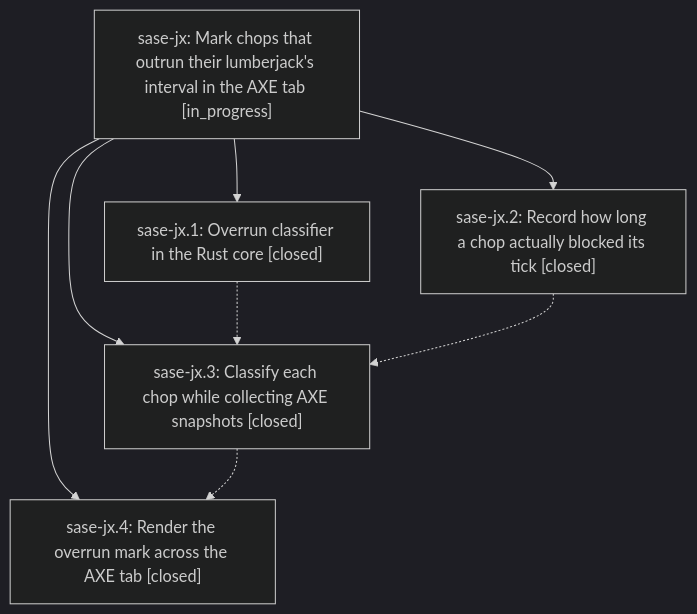
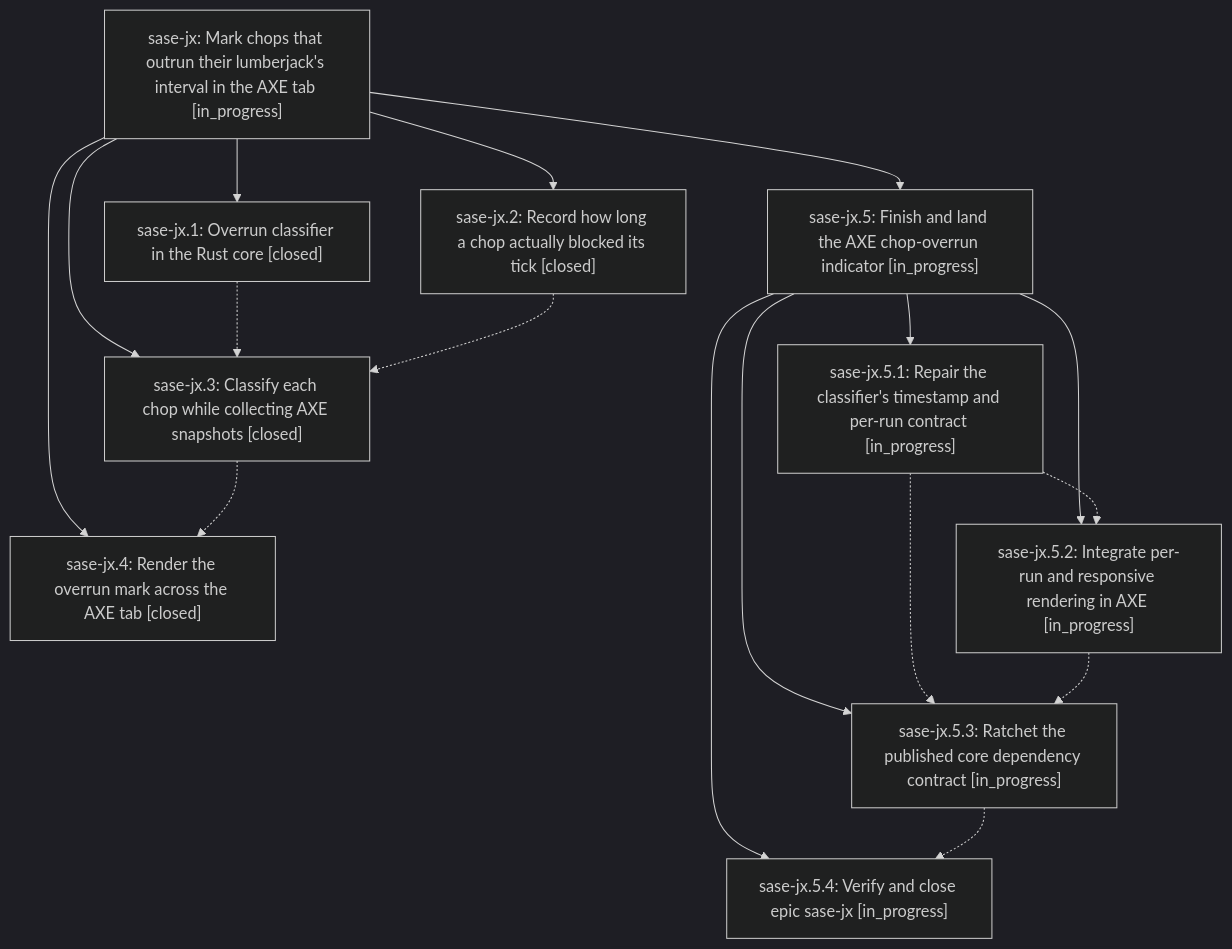
The diagram in pages/sase-jx/README.md (sase-org/sase--beads), drawn with Mermaid (dark theme) before and after one commit. The commit also changed other lines of this file and 5 other files, not shown here.

````diff
--- a/pages/sase-jx/README.md
+++ b/pages/sase-jx/README.md
@@ -25,15 +25,29 @@
 ```mermaid
 flowchart TD
     n0["sase-jx: Mark chops that outrun their lumberjack's interval in the AXE tab [in_progress]"]
     n1["sase-jx.1: Overrun classifier in the Rust core [closed]"]
     n2["sase-jx.2: Record how long a chop actually blocked its tick [closed]"]
     n3["sase-jx.3: Classify each chop while collecting AXE snapshots [closed]"]
     n4["sase-jx.4: Render the overrun mark across the AXE tab [closed]"]
+    n5["sase-jx.5: Finish and land the AXE chop-overrun indicator [in_progress]"]
+    n6["sase-jx.5.1: Repair the classifier's timestamp and per-run contract [in_progress]"]
+    n7["sase-jx.5.2: Integrate per-run and responsive rendering in AXE [in_progress]"]
+    n8["sase-jx.5.3: Ratchet the published core dependency contract [in_progress]"]
+    n9["sase-jx.5.4: Verify and close epic sase-jx [in_progress]"]
     n0 --> n1
     n0 --> n2
     n0 --> n3
     n0 --> n4
+    n0 --> n5
+    n5 --> n6
+    n5 --> n7
+    n5 --> n8
+    n5 --> n9
     n1 -.-> n3
     n2 -.-> n3
     n3 -.-> n4
+    n6 -.-> n7
+    n6 -.-> n8
+    n7 -.-> n8
+    n8 -.-> n9
 ```
````
